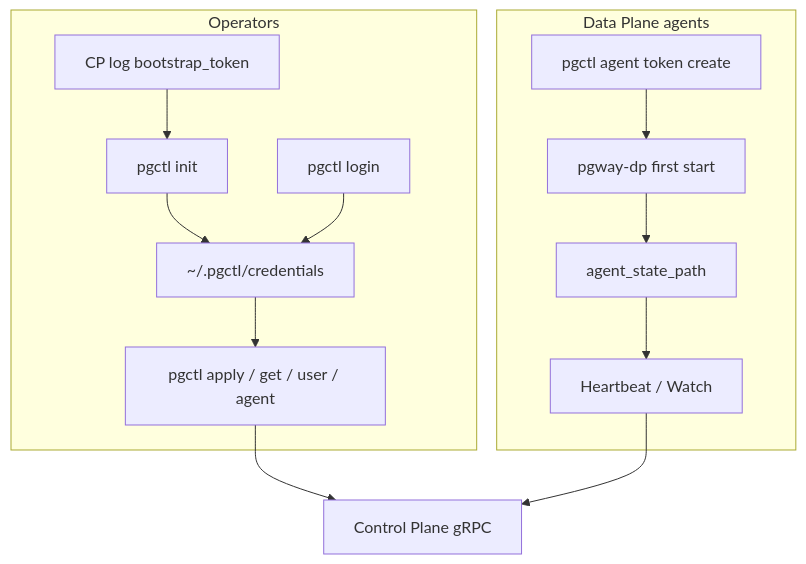
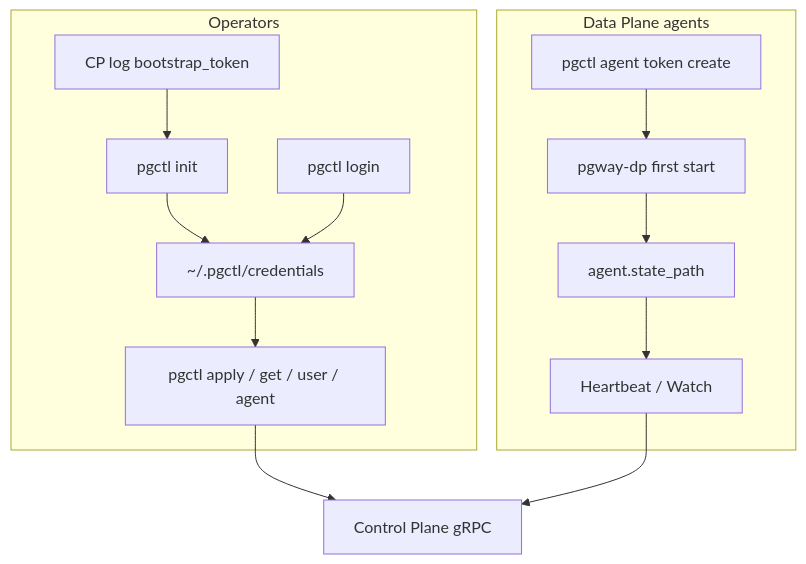
The diagram in docs/guides/authentication.md (aknEvrnky/pgway-docs), drawn with Mermaid before and after one commit. The commit also changed other lines of this file and 5 other files, not shown here.

````diff
--- a/docs/guides/authentication.md
+++ b/docs/guides/authentication.md
@@ -5,16 +5,16 @@
 ```mermaid
 flowchart TB
   subgraph users [Operators]
     Log[CP log bootstrap_token] --> Init[pgctl init]
     Init --> Cred[~/.pgctl/credentials]
     Login[pgctl login] --> Cred
     Cred --> Apply[pgctl apply / get / user / agent]
   end
   subgraph agents [Data Plane agents]
     RegTok[pgctl agent token create] --> DP[pgway-dp first start]
-    DP --> State[agent_state_path]
+    DP --> State[agent.state_path]
     State --> HB[Heartbeat / Watch]
   end
   Apply --> CP[Control Plane gRPC]
   HB --> CP
 ```
````
